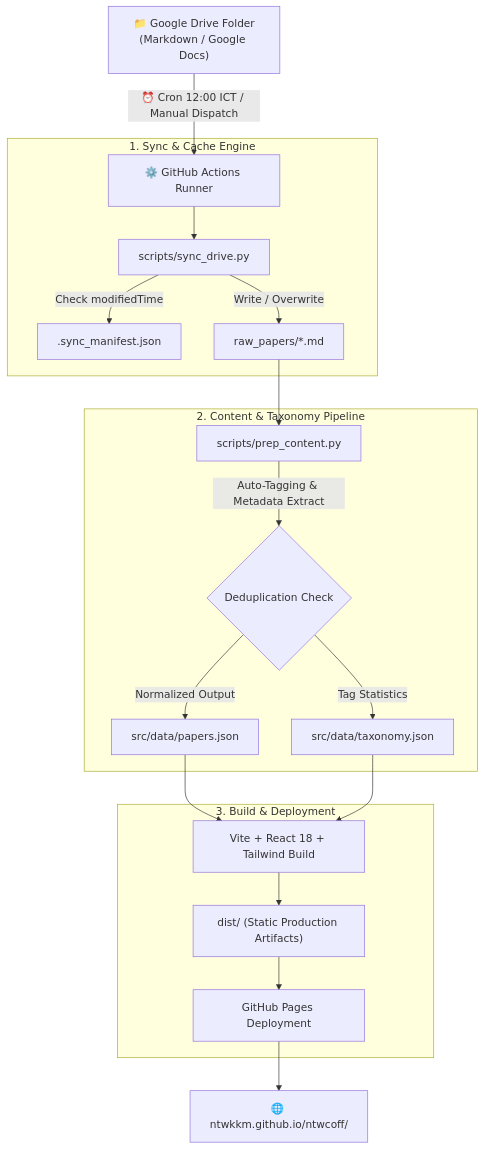
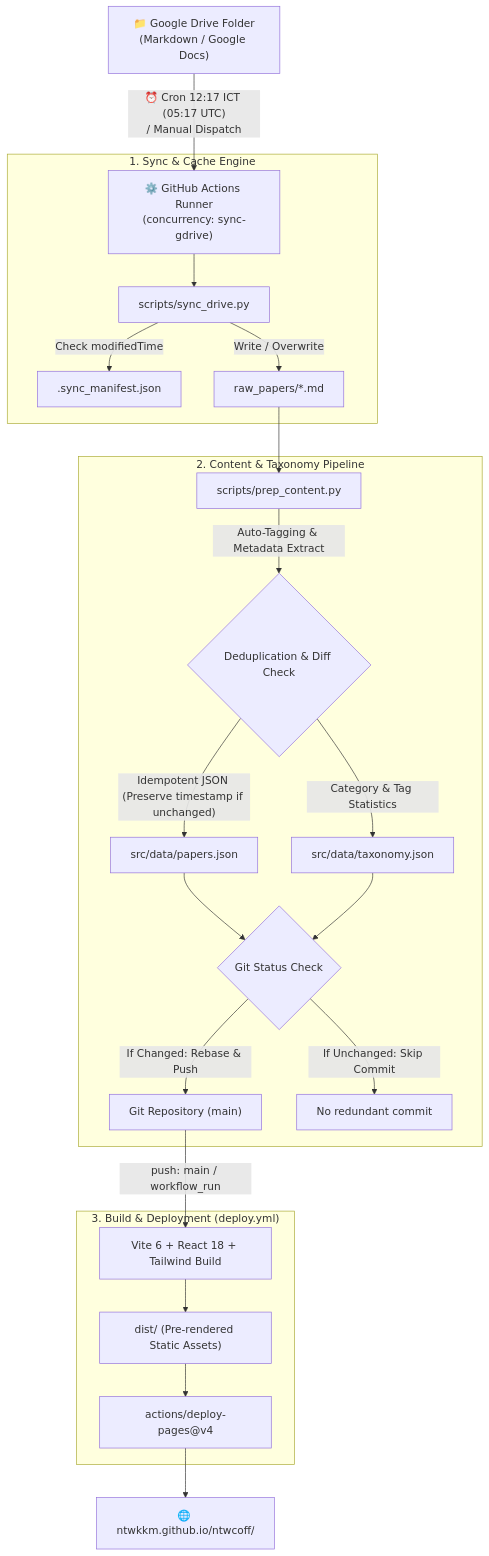
One commit to NTWKKM/ntwcoff changed the diagram in README.md. Above: the diagram before and after it, drawn with Mermaid. The commit also changed other lines of this file, not shown here.

Commit message:
docs: update README with current editorial design, reading ergonomics, and idempotent sync pipeline

````diff
--- a/README.md
+++ b/README.md
@@ -71,26 +90,29 @@
 ```mermaid
 flowchart TD
     GD["📁 Google Drive Folder<br/>(Markdown / Google Docs)"] 
-    -->|"⏰ Cron 12:00 ICT / Manual Dispatch"| GHA["⚙️ GitHub Actions Runner"]
+    -->|"⏰ Cron 12:17 ICT (05:17 UTC)<br/>/ Manual Dispatch"| GHA["⚙️ GitHub Actions Runner<br/>(concurrency: sync-gdrive)"]
 
     subgraph SyncEngine ["1. Sync & Cache Engine"]
         GHA --> SYNC["scripts/sync_drive.py"]
         SYNC -->|"Check modifiedTime"| MANIFEST[".sync_manifest.json"]
         SYNC -->|"Write / Overwrite"| RAW["raw_papers/*.md"]
     end
 
     subgraph ContentPipeline ["2. Content & Taxonomy Pipeline"]
         RAW --> PREP["scripts/prep_content.py"]
-        PREP -->|"Auto-Tagging & Metadata Extract"| DEDUP{"Deduplication Check"}
-        DEDUP -->|"Normalized Output"| JSON1["src/data/papers.json"]
-        DEDUP -->|"Tag Statistics"| JSON2["src/data/taxonomy.json"]
+        PREP -->|"Auto-Tagging & Metadata Extract"| DEDUP{"Deduplication & Diff Check"}
+        DEDUP -->|"Idempotent JSON (Preserve timestamp if unchanged)"| JSON1["src/data/papers.json"]
+        DEDUP -->|"Category & Tag Statistics"| JSON2["src/data/taxonomy.json"]
+        JSON1 & JSON2 --> GIT{"Git Status Check"}
+        GIT -->|"If Changed: Rebase & Push"| REPO["Git Repository (main)"]
+        GIT -->|"If Unchanged: Skip Commit"| SKIP["No redundant commit"]
     end
 
-    subgraph WebBuild ["3. Build & Deployment"]
-        JSON1 & JSON2 --> VITE["Vite + React 18 + Tailwind Build"]
-        VITE --> DIST["dist/ (Static Production Artifacts)"]
-        DIST --> DEPLOY["GitHub Pages Deployment"]
+    subgraph WebBuild ["3. Build & Deployment (deploy.yml)"]
+        REPO -->|"push: main / workflow_run"| VITE["Vite 6 + React 18 + Tailwind Build"]
+        VITE --> DIST["dist/ (Pre-rendered Static Assets)"]
+        DIST --> DEPLOY["actions/deploy-pages@v4"]
     end
 
     DEPLOY --> WEB["🌐 ntwkkm.github.io/ntwcoff/"]
 ```
````
